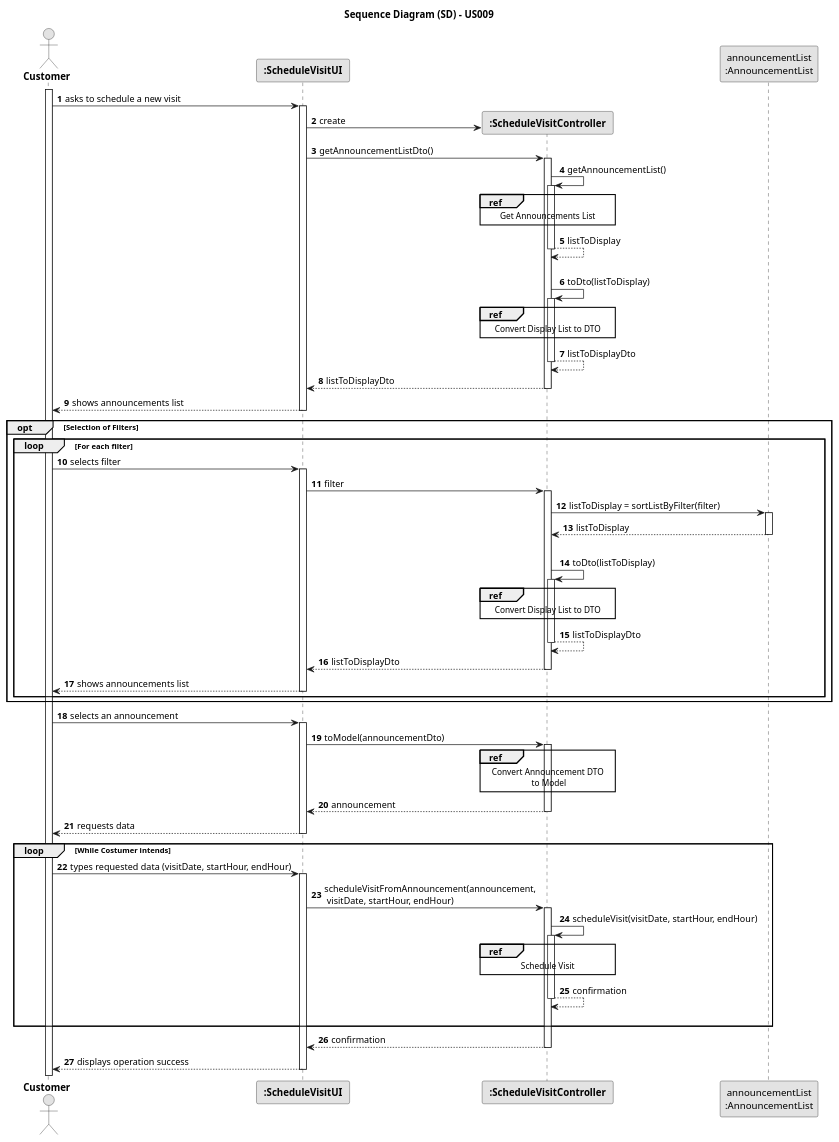
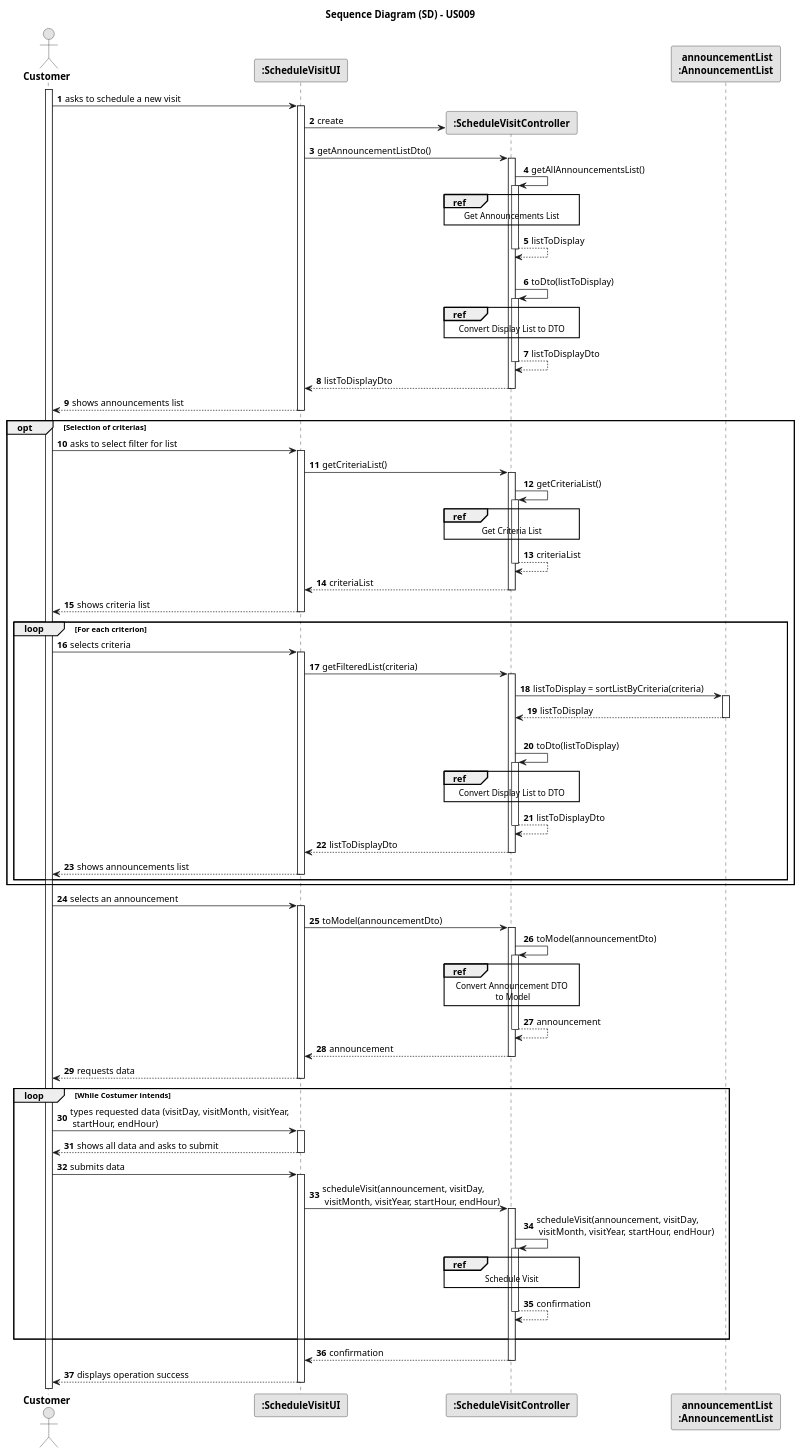
One commit to rita-barbosa/LAPR2-2223 changed the diagram in docs/sprintC/us009/03.design/puml/us009-sequence-diagram-slip.puml. Above: the diagram before and after it, drawn with PlantUML. The commit also changed 2 other files, not shown here.

```diff
--- a/docs/sprintC/us009/03.design/puml/us009-sequence-diagram-slip.puml
+++ b/docs/sprintC/us009/03.design/puml/us009-sequence-diagram-slip.puml
@@ -1,127 +1,159 @@
 @startuml
 skinparam monochrome true
 skinparam packageStyle rectangle
 skinparam shadowing false
 
 title Sequence Diagram (SD) - US009
 
 autonumber
 
 actor "<b> Customer </b>" as CTM
 participant "<b> :ScheduleVisitUI </b>" as UI
 participant "<b> :ScheduleVisitController </b>" as CTRL
-participant "announcementList\n:AnnouncementList" as LISTCLASS
+participant "<b> announcementList</b>\n<b> :AnnouncementList </b>" as LISTCLASS
 
 activate CTM
 
     CTM -> UI : asks to schedule a new visit
         activate UI
 
     UI -> CTRL** : create
 
     UI -> CTRL : getAnnouncementListDto()
         activate CTRL
 
-    CTRL -> CTRL : getAnnouncementList()
+    CTRL -> CTRL : getAllAnnouncementsList()
     activate CTRL
             ref over CTRL
                 Get Announcements List
             end ref
         CTRL --> CTRL : listToDisplay
     deactivate CTRL
 |||
     CTRL -> CTRL : toDto(listToDisplay)
     activate CTRL
             ref over CTRL
                 Convert Display List to DTO
             end ref
         CTRL --> CTRL : listToDisplayDto
     deactivate CTRL
 
         CTRL --> UI : listToDisplayDto
     deactivate CTRL
 
         UI --> CTM : shows announcements list
     deactivate UI
 
-    opt Selection of Filters
+    opt Selection of criterias
 
-        loop For each filter
-            CTM -> UI : selects filter
+    CTM -> UI : asks to select filter for list
+    activate UI
+
+    UI -> CTRL : getCriteriaList()
+    activate CTRL
+       CTRL -> CTRL : getCriteriaList()
+        activate CTRL
+                ref over CTRL
+                    Get Criteria List
+                end ref
+            CTRL --> CTRL : criteriaList
+        deactivate CTRL
+
+    CTRL --> UI : criteriaList
+    deactivate CTRL
+
+    UI --> CTM : shows criteria list
+
+    deactivate UI
+
+        loop For each criterion
+
+            CTM -> UI : selects criteria
             activate UI
 
-            UI -> CTRL : filter
+            UI -> CTRL : getFilteredList(criteria)
 
             activate CTRL
 
-                CTRL -> LISTCLASS : listToDisplay = sortListByFilter(filter)
+                CTRL -> LISTCLASS : listToDisplay = sortListByCriteria(criteria)
                 activate LISTCLASS
 
                     LISTCLASS --> CTRL : listToDisplay
                 deactivate LISTCLASS
 
                 |||
                     CTRL -> CTRL : toDto(listToDisplay)
                     activate CTRL
                             ref over CTRL
                                 Convert Display List to DTO
                             end ref
                         CTRL --> CTRL : listToDisplayDto
                     deactivate CTRL
 
                         CTRL --> UI : listToDisplayDto
                     deactivate CTRL
 
                         UI --> CTM : shows announcements list
                     deactivate UI
 
             deactivate CTRL
 
             deactivate UI
 
         end loop
     end opt
 
     CTM -> UI : selects an announcement
         activate UI
 
     UI -> CTRL : toModel(announcementDto)
     activate CTRL
+    CTRL -> CTRL : toModel(announcementDto)
+    activate CTRL
         ref over CTRL
             Convert Announcement DTO
              to Model
         end ref
+
+    CTRL --> CTRL : announcement
+    deactivate CTRL
 
         CTRL --> UI : announcement
     deactivate CTRL
 
     UI --> CTM : requests data
         deactivate UI
 
     loop While Costumer intends
-    CTM -> UI : types requested data (visitDate, startHour, endHour)
+    CTM -> UI : types requested data (visitDay, visitMonth, visitYear,\n startHour, endHour)
         activate UI
 
-        UI -> CTRL : scheduleVisitFromAnnouncement(announcement,\n visitDate, startHour, endHour)
+    UI --> CTM : shows all data and asks to submit
+    deactivate UI
+
+    CTM -> UI : submits data
+    activate UI
+
+        UI -> CTRL : scheduleVisit(announcement, visitDay,\n visitMonth, visitYear, startHour, endHour)
 
         activate CTRL
 
-        CTRL -> CTRL : scheduleVisit(visitDate, startHour, endHour)
+        CTRL -> CTRL : scheduleVisit(announcement, visitDay,\n visitMonth, visitYear, startHour, endHour)
         activate CTRL
 
         ref over CTRL
             Schedule Visit
         end ref
 
             CTRL --> CTRL : confirmation
         deactivate CTRL
     |||
     end loop
 
     CTRL --> UI : confirmation
     deactivate CTRL
 
     UI --> CTM : displays operation success
         deactivate UI
 
 @enduml
```
